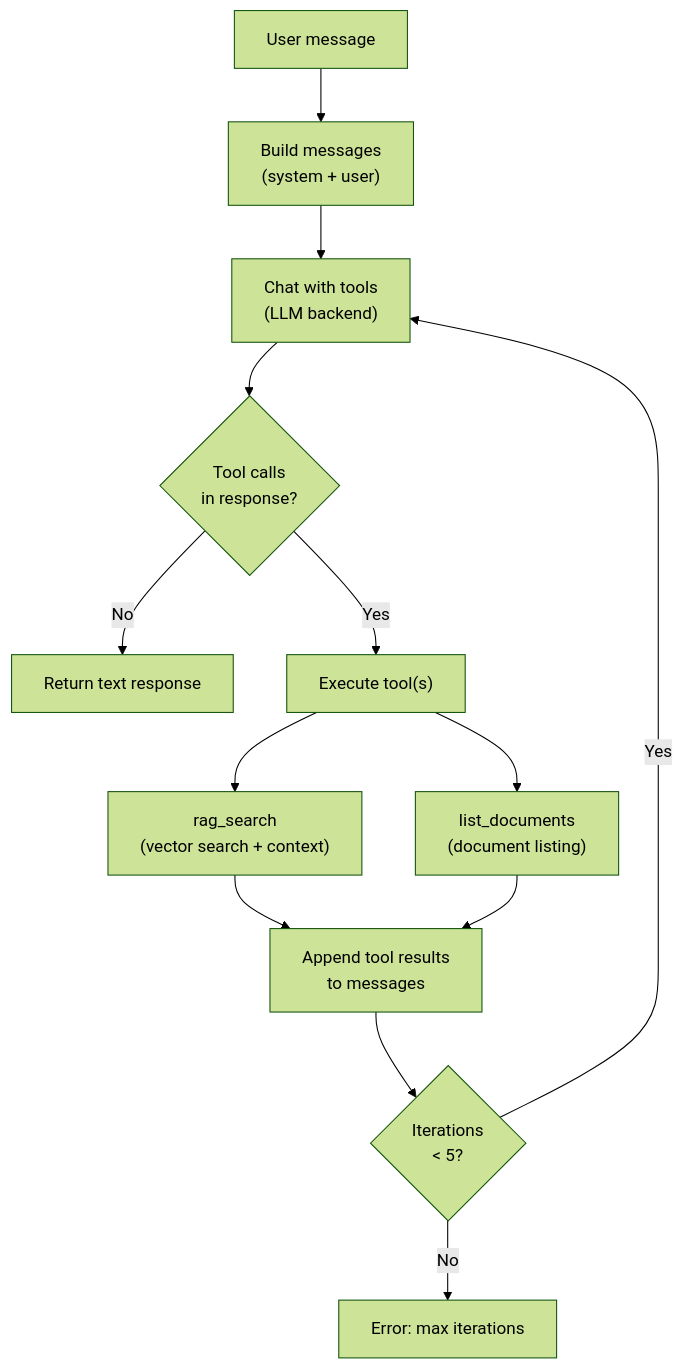
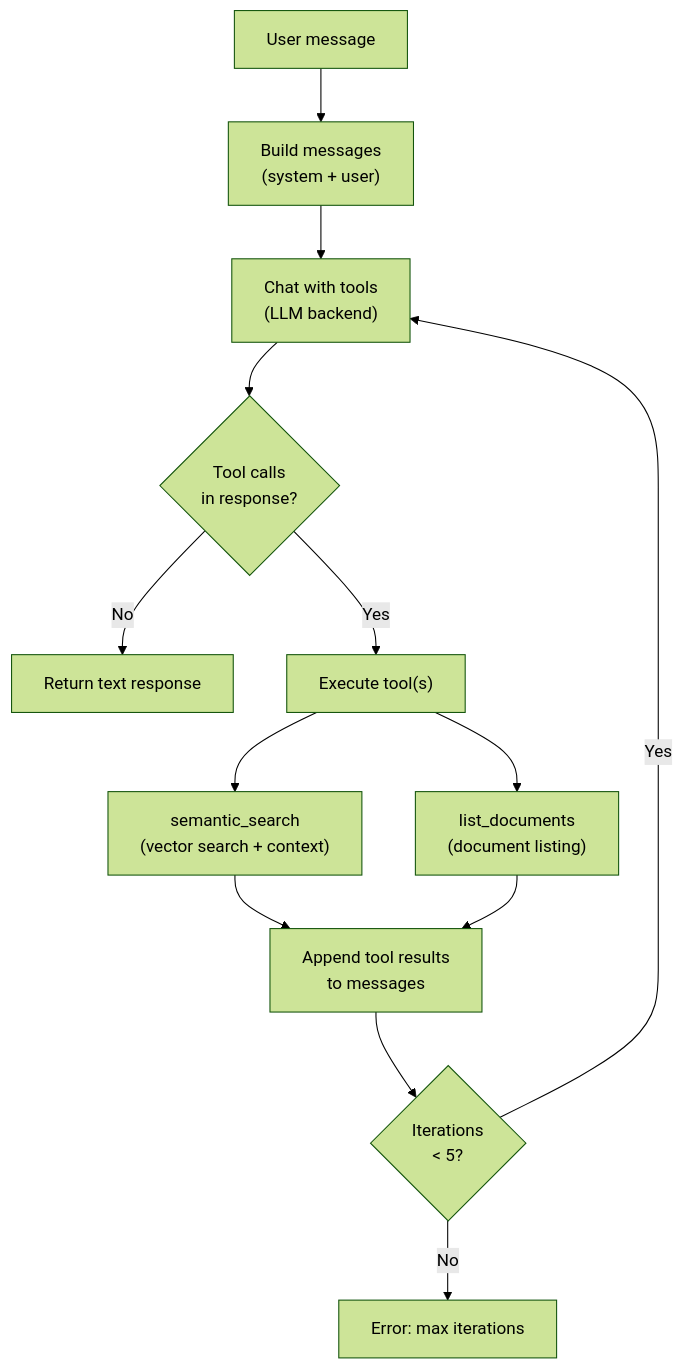
Before and after one commit to klnstprx/etsi-rag: the fifth of 8 diagrams in docs/diagrams.md, drawn with Mermaid (forest theme). The commit also changed 17 other files, not shown here.

First line of the commit message:
refactor(agent): rename rag_search to semantic_search, fix embedding search

````diff
--- a/docs/diagrams.md
+++ b/docs/diagrams.md
@@ -164,19 +164,19 @@
 ```mermaid
 flowchart TB
     Start["User message"] --> Build["Build messages<br/>(system + user)"]
     Build --> LLMCall["Chat with tools<br/>(LLM backend)"]
     LLMCall --> Check{"Tool calls<br/>in response?"}
 
     Check -->|"No"| Final["Return text response"]
     Check -->|"Yes"| Execute["Execute tool(s)"]
 
-    Execute --> RAGSearch["rag_search<br/>(vector search + context)"]
+    Execute --> SemanticSearch["semantic_search<br/>(vector search + context)"]
     Execute --> ListDocs["list_documents<br/>(document listing)"]
 
-    RAGSearch --> Append["Append tool results<br/>to messages"]
+    SemanticSearch --> Append["Append tool results<br/>to messages"]
     ListDocs --> Append
 
     Append --> Counter{"Iterations<br/>< 5?"}
     Counter -->|"Yes"| LLMCall
     Counter -->|"No"| Error["Error: max iterations"]
 ```
````
